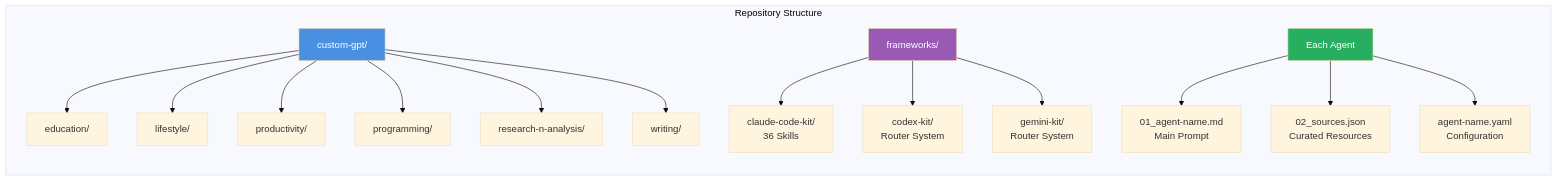
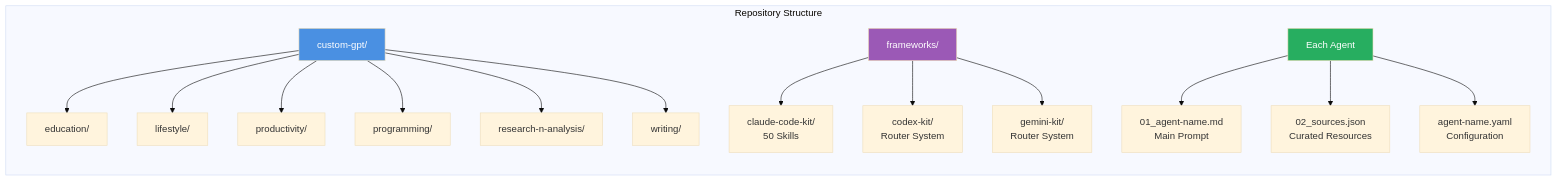
One commit to vasilyu1983/AI-Agents-public changed the second of 5 diagrams in README.md. Above: the diagram before and after it, drawn with Mermaid (base theme). The commit also changed other lines of this file and 79 other files, not shown here.

````diff
--- a/README.md
+++ b/README.md
@@ -80,23 +80,23 @@
 ```mermaid
 graph LR
     subgraph "Repository Structure"
         A[custom-gpt/] --> A1[education/]
         A --> A2[lifestyle/]
         A --> A3[productivity/]
         A --> A4[programming/]
         A --> A5[research-n-analysis/]
         A --> A6[writing/]
 
-        B[frameworks/] --> B1[claude-code-kit/<br/>36 Skills]
+        B[frameworks/] --> B1[claude-code-kit/<br/>50 Skills]
         B --> B2[codex-kit/<br/>Router System]
         B --> B3[gemini-kit/<br/>Router System]
 
         C[Each Agent] --> C1[01_agent-name.md<br/>Main Prompt]
         C --> C2[02_sources.json<br/>Curated Resources]
         C --> C3[agent-name.yaml<br/>Configuration]
     end
 
     style A fill:#4A90E2,color:#fff
     style B fill:#9B59B6,color:#fff
     style C fill:#27AE60,color:#fff
 ```
````
